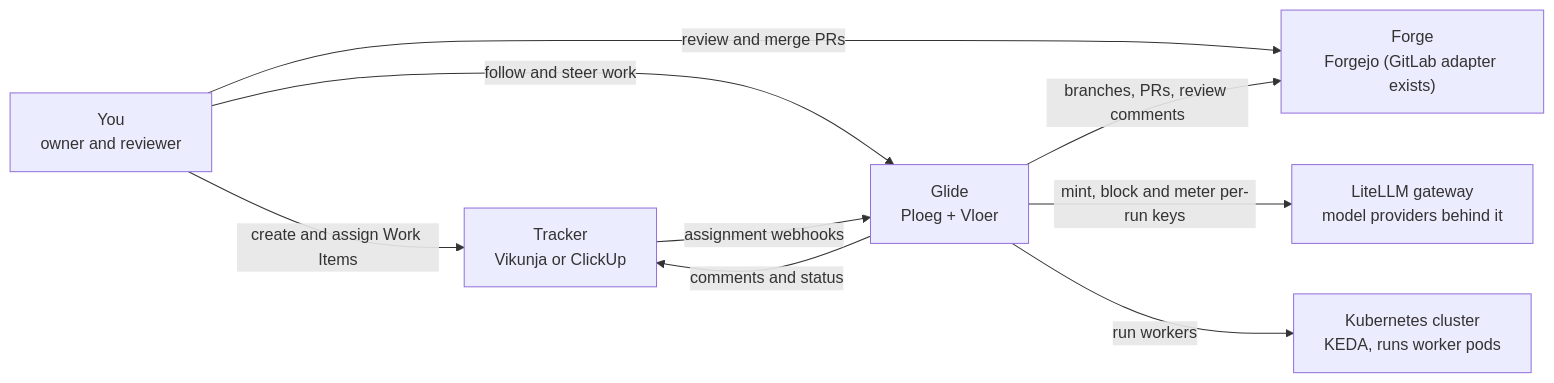
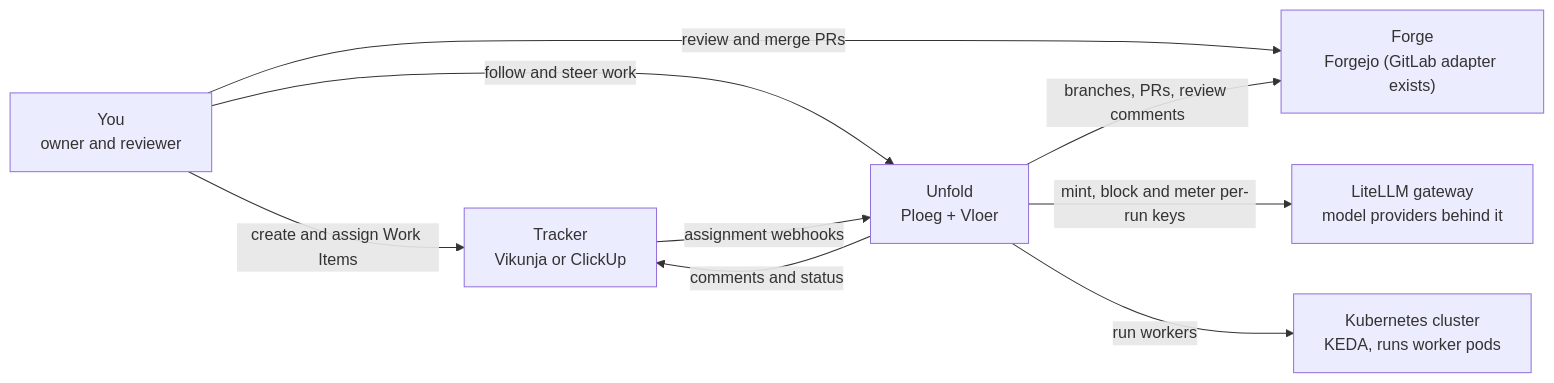
One commit to webgrip/unfold changed the first of 2 diagrams in docs/concepts/architecture.md. Above: the diagram before and after it, drawn with Mermaid. The commit also changed other lines of this file and 197 other files, not shown here.

First line of the commit message:
refactor: rename the product from Glide to Unfold

````diff
--- a/docs/concepts/architecture.md
+++ b/docs/concepts/architecture.md
@@ -37,17 +37,17 @@
 ```mermaid
 flowchart LR
     you["You<br/>owner and reviewer"]
     tracker["Tracker<br/>Vikunja or ClickUp"]
     forge["Forge<br/>Forgejo (GitLab adapter exists)"]
-    glide["Glide<br/>Ploeg + Vloer"]
+    unfold["Unfold<br/>Ploeg + Vloer"]
     llm["LiteLLM gateway<br/>model providers behind it"]
     k8s["Kubernetes cluster<br/>KEDA, runs worker pods"]
     you -->|create and assign Work Items| tracker
-    you -->|follow and steer work| glide
+    you -->|follow and steer work| unfold
     you -->|review and merge PRs| forge
-    tracker -->|assignment webhooks| glide
-    glide -->|comments and status| tracker
-    glide -->|branches, PRs, review comments| forge
-    glide -->|mint, block and meter per-run keys| llm
-    glide -->|run workers| k8s
+    tracker -->|assignment webhooks| unfold
+    unfold -->|comments and status| tracker
+    unfold -->|branches, PRs, review comments| forge
+    unfold -->|mint, block and meter per-run keys| llm
+    unfold -->|run workers| k8s
 ```
````
